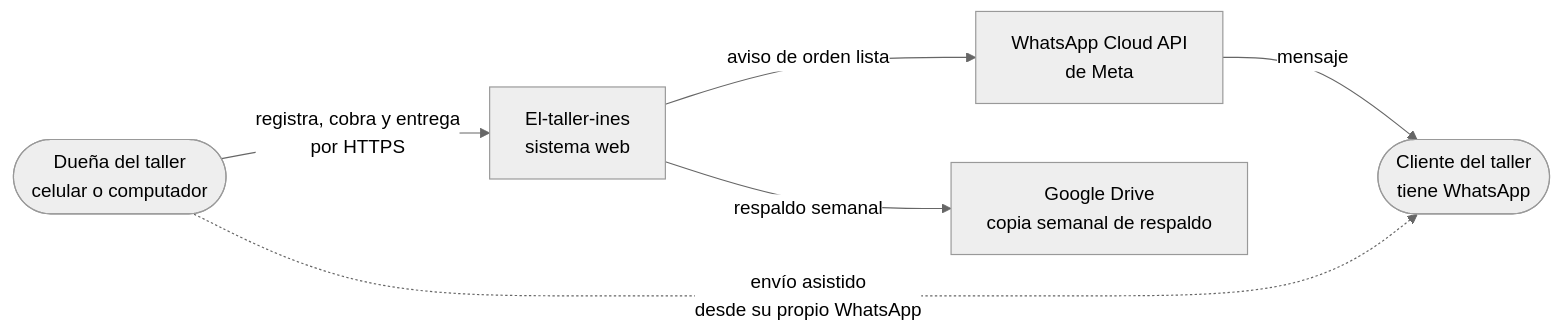
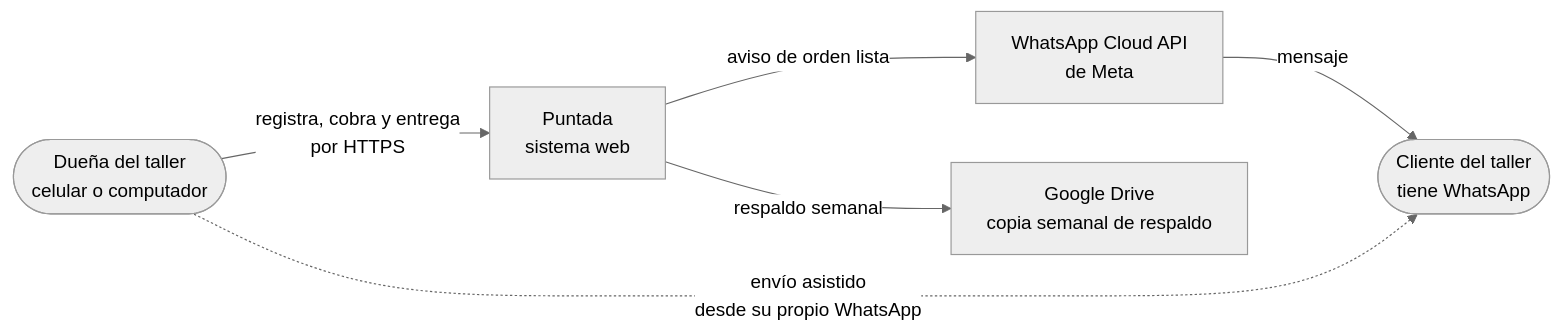
The first of 5 diagrams in docs/03-diseno/arquitectura/README.md (Aryannext/El-taller-ines), drawn with Mermaid (neutral theme) before and after one commit. The commit also changed 44 other files, not shown here.

First line of the commit message:
refactor: el sistema se llama Puntada

````diff
--- a/docs/03-diseno/arquitectura/README.md
+++ b/docs/03-diseno/arquitectura/README.md
@@ -31,13 +31,13 @@
 ```mermaid
 flowchart LR
     duena(["Dueña del taller<br/>celular o computador"])
     cliente(["Cliente del taller<br/>tiene WhatsApp"])
-    sistema["El-taller-ines<br/>sistema web"]
+    sistema["Puntada<br/>sistema web"]
     whatsapp["WhatsApp Cloud API<br/>de Meta"]
     drive["Google Drive<br/>copia semanal de respaldo"]
     duena -- "registra, cobra y entrega<br/>por HTTPS" --> sistema
     sistema -- "aviso de orden lista" --> whatsapp
     whatsapp -- "mensaje" --> cliente
     duena -. "envío asistido<br/>desde su propio WhatsApp" .-> cliente
     sistema -- "respaldo semanal" --> drive
 ```
````
